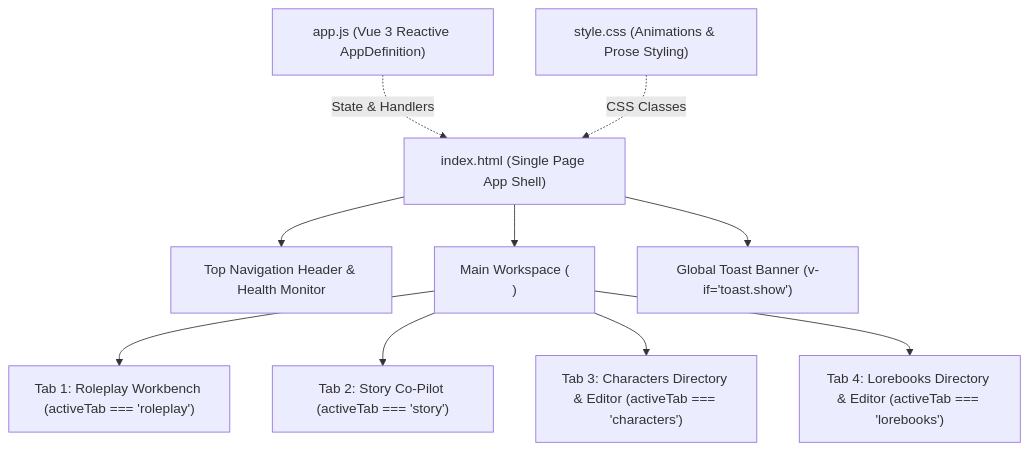
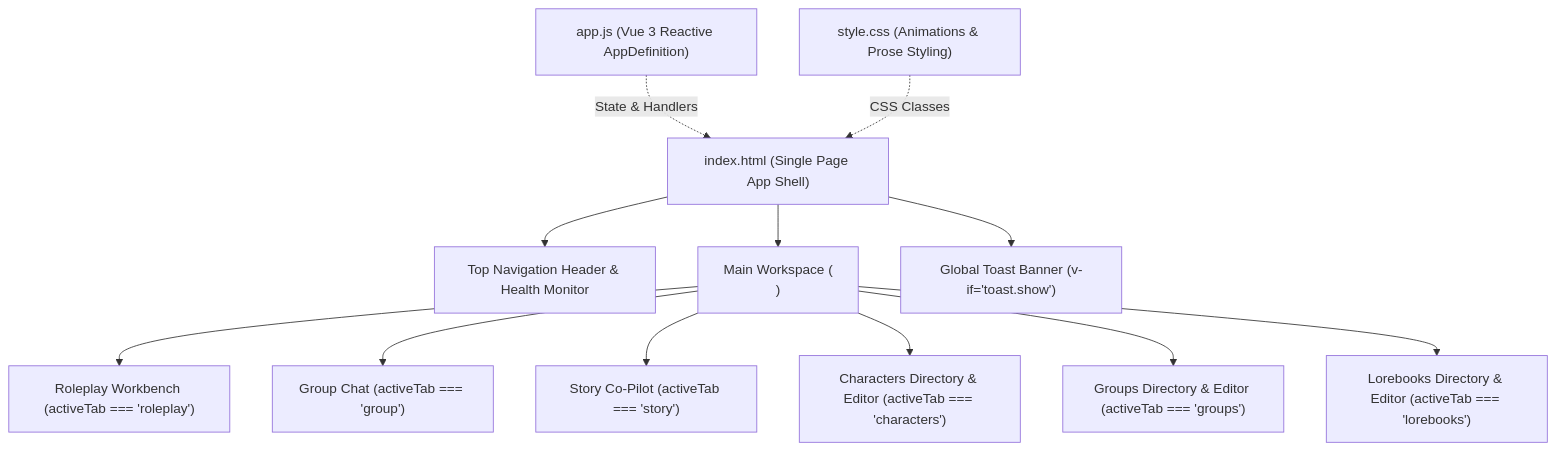
One commit to tangcc35/slm-vlm-post-training changed the first of 3 diagrams in .agents/skills/story-rp-frontend/references/ui-components-and-modes.md. Above: the diagram before and after it, drawn with Mermaid. The commit also changed other lines of this file and 9 other files, not shown here.

Commit message:
add group chat capability

````diff
--- a/.agents/skills/story-rp-frontend/references/ui-components-and-modes.md
+++ b/.agents/skills/story-rp-frontend/references/ui-components-and-modes.md
@@ -17,12 +17,14 @@
 ```mermaid
 flowchart TD
     Index["index.html (Single Page App Shell)"] --> Header["Top Navigation Header & Health Monitor"]
     Index --> Main["Main Workspace (<main class='flex-1 relative'>)"]
-    Main --> Tab1["Tab 1: Roleplay Workbench (activeTab === 'roleplay')"]
-    Main --> Tab2["Tab 2: Story Co-Pilot (activeTab === 'story')"]
-    Main --> Tab3["Tab 3: Characters Directory & Editor (activeTab === 'characters')"]
-    Main --> Tab4["Tab 4: Lorebooks Directory & Editor (activeTab === 'lorebooks')"]
+    Main --> Tab1["Roleplay Workbench (activeTab === 'roleplay')"]
+    Main --> TabGroup["Group Chat (activeTab === 'group')"]
+    Main --> Tab2["Story Co-Pilot (activeTab === 'story')"]
+    Main --> Tab3["Characters Directory & Editor (activeTab === 'characters')"]
+    Main --> TabGroups["Groups Directory & Editor (activeTab === 'groups')"]
+    Main --> Tab4["Lorebooks Directory & Editor (activeTab === 'lorebooks')"]
     Index --> Toast["Global Toast Banner (v-if='toast.show')"]
     AppJS["app.js (Vue 3 Reactive AppDefinition)"] -.->|State & Handlers| Index
     StyleCSS["style.css (Animations & Prose Styling)"] -.->|CSS Classes| Index
 ```
````
